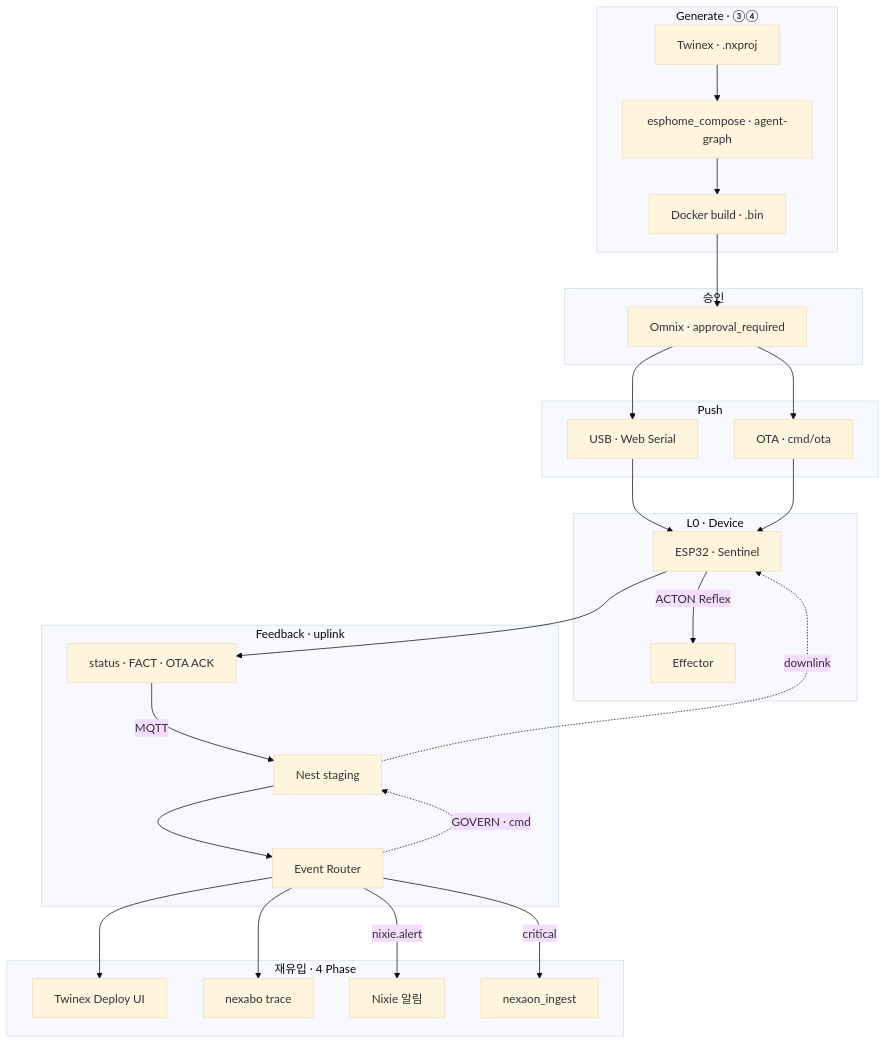
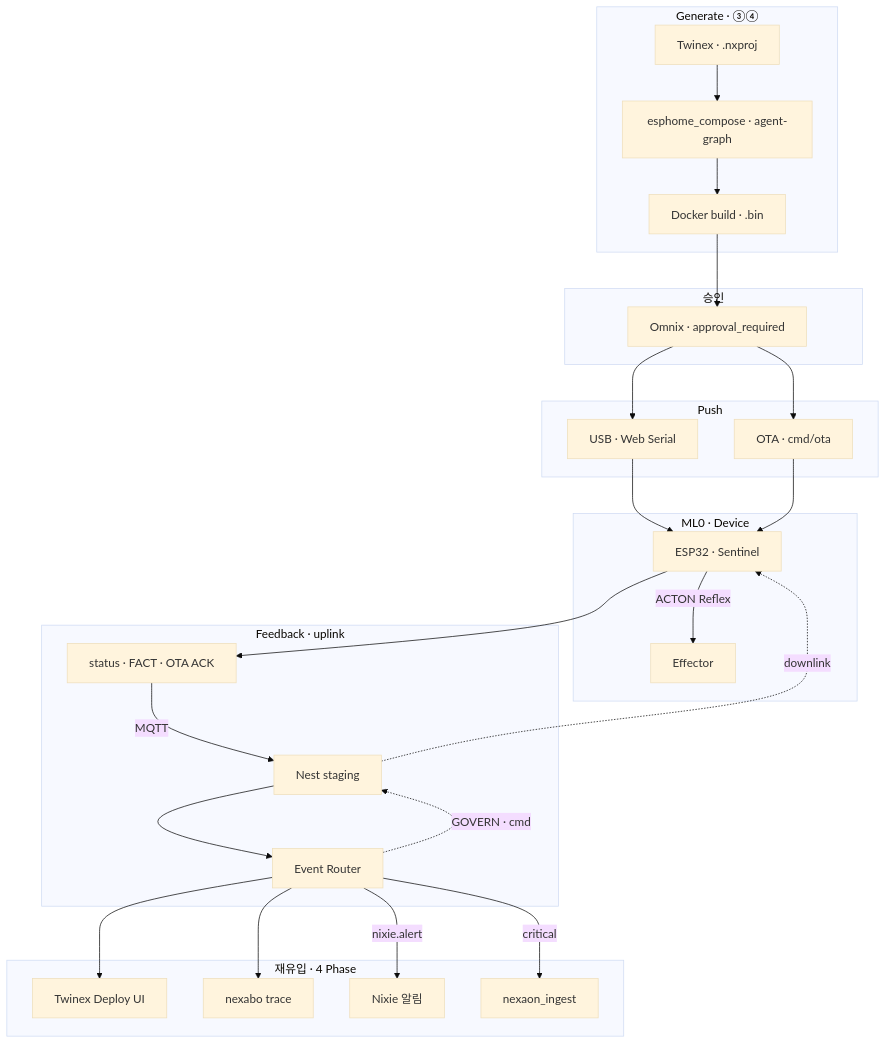
The second of 5 diagrams in NEXA V2.0/NEXA_V2.0/08_TDD/NEXIA/08_TDD_NEXIA_에이전틱AI파이프라인_7탭플랫폼연계_v1.0.md (U2SOUTION/NEXA), drawn with Mermaid (base theme) before and after one commit. The commit also changed other lines of this file and 55 other files, not shown here.

````diff
--- a/NEXA V2.0/NEXA_V2.0/08_TDD/NEXIA/08_TDD_NEXIA_에이전틱AI파이프라인_7탭플랫폼연계_v1.0.md
+++ b/NEXA V2.0/NEXA_V2.0/08_TDD/NEXIA/08_TDD_NEXIA_에이전틱AI파이프라인_7탭플랫폼연계_v1.0.md
@@ -408,49 +408,49 @@
 ```mermaid
 flowchart TB
   subgraph gen [Generate · ③④]
     TW[Twinex · .nxproj]
     AG[esphome_compose · agent-graph]
     BL[Docker build · .bin]
     TW --> AG --> BL
   end
 
   subgraph approve [승인]
     OM[Omnix · approval_required]
     BL --> OM
   end
 
   subgraph push [Push]
     USB[USB · Web Serial]
     OTA[OTA · cmd/ota]
     OM --> USB
     OM --> OTA
   end
 
-  subgraph L0 [L0 · Device]
+  subgraph ML0 [ML0 · Device]
     DEV[ESP32 · Sentinel]
     USB --> DEV
     OTA --> DEV
     DEV -->|ACTON Reflex| EFF[Effector]
   end
 
   subgraph fb [Feedback · uplink]
     ST[status · FACT · OTA ACK]
     DEV --> ST
     ST -->|MQTT| NEST[Nest staging]
     NEST --> ERP[Event Router]
   end
 
   subgraph consume [재유입 · 4 Phase]
     TX[Twinex Deploy UI]
     NB[nexabo trace]
     NI[Nixie 알림]
     ING[nexaon_ingest]
     ERP --> TX
     ERP --> NB
     ERP -->|nixie.alert| NI
     ERP -->|critical| ING
   end
 
   ERP -.->|GOVERN · cmd| NEST
   NEST -.->|downlink| DEV
 ```
````
